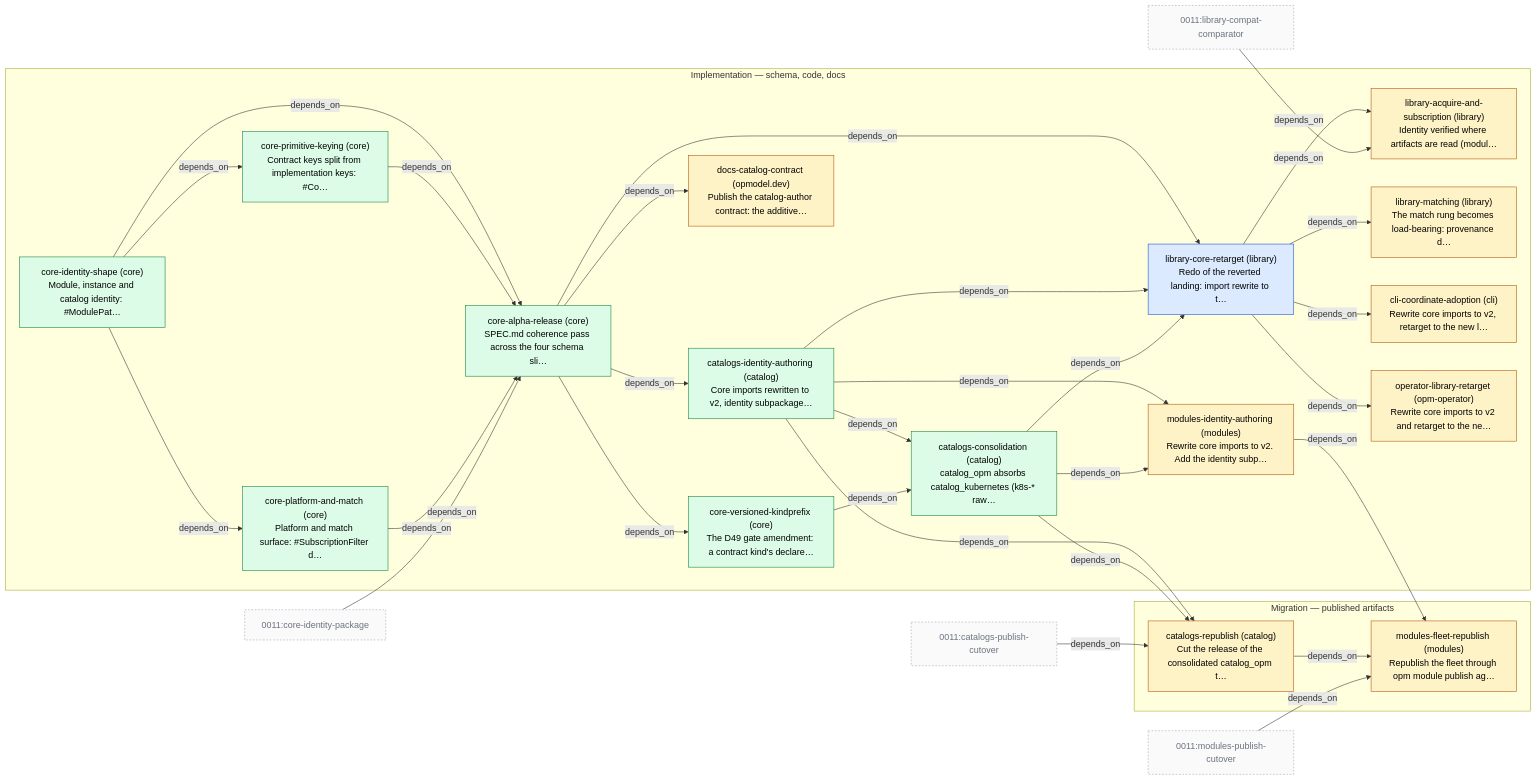
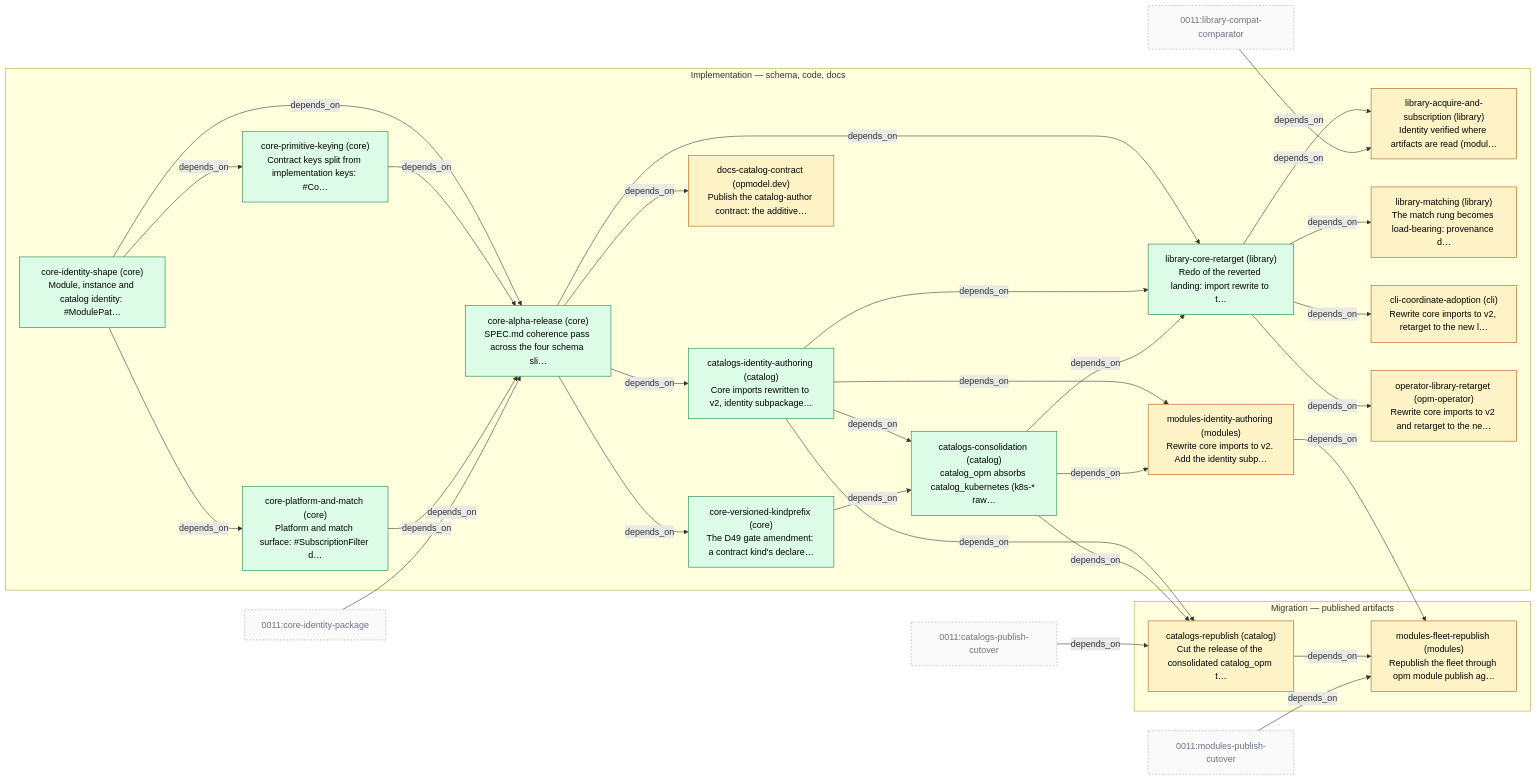
Before and after one commit to open-platform-model/enhancements: the diagram in 0010/PLAN.md, drawn with Mermaid. The commit also changed other lines of this file and 3 other files, not shown here.

First line of the commit message:
docs(0010): record library-core-retarget second landing as done

````diff
--- a/0010/PLAN.md
+++ b/0010/PLAN.md
@@ -5,61 +5,61 @@
 ```mermaid
 graph LR
   classDef planned     fill:#fef3c7,stroke:#b45309,color:#000
   classDef in_progress fill:#dbeafe,stroke:#1d4ed8,color:#000
   classDef done        fill:#dcfce7,stroke:#15803d,color:#000
   classDef cancelled   fill:#e5e7eb,stroke:#6b7280,color:#6b7280
   classDef other       fill:#fafafa,stroke:#9ca3af,color:#6b7280,stroke-dasharray:3 3
 
   subgraph PHASE_IMPL["Implementation — schema, code, docs"]
     S_core-identity-shape["core-identity-shape (core)\nModule, instance and catalog identity: #ModulePat…"]:::done
     S_core-primitive-keying["core-primitive-keying (core)\nContract keys split from implementation keys: #Co…"]:::done
     S_core-platform-and-match["core-platform-and-match (core)\nPlatform and match surface: #SubscriptionFilter d…"]:::done
     S_core-alpha-release["core-alpha-release (core)\nSPEC.md coherence pass across the four schema sli…"]:::done
     S_core-versioned-kindprefix["core-versioned-kindprefix (core)\nThe D49 gate amendment: a contract kind's declare…"]:::done
-    S_library-core-retarget["library-core-retarget (library)\nRedo of the reverted landing: import rewrite to t…"]:::in_progress
+    S_library-core-retarget["library-core-retarget (library)\nRedo of the reverted landing: import rewrite to t…"]:::done
     S_library-acquire-and-subscription["library-acquire-and-subscription (library)\nIdentity verified where artifacts are read (modul…"]:::planned
     S_library-matching["library-matching (library)\nThe match rung becomes load-bearing: provenance d…"]:::planned
     S_docs-catalog-contract["docs-catalog-contract (opmodel.dev)\nPublish the catalog-author contract: the additive…"]:::planned
     S_cli-coordinate-adoption["cli-coordinate-adoption (cli)\nRewrite core imports to v2, retarget to the new l…"]:::planned
     S_operator-library-retarget["operator-library-retarget (opm-operator)\nRewrite core imports to v2 and retarget to the ne…"]:::planned
     S_catalogs-identity-authoring["catalogs-identity-authoring (catalog)\nCore imports rewritten to v2, identity subpackage…"]:::done
     S_catalogs-consolidation["catalogs-consolidation (catalog)\ncatalog_opm absorbs catalog_kubernetes (k8s-* raw…"]:::done
     S_modules-identity-authoring["modules-identity-authoring (modules)\nRewrite core imports to v2. Add the identity subp…"]:::planned
   end
   subgraph PHASE_MIGR["Migration — published artifacts"]
     S_catalogs-republish["catalogs-republish (catalog)\nCut the release of the consolidated catalog_opm t…"]:::planned
     S_modules-fleet-republish["modules-fleet-republish (modules)\nRepublish the fleet through opm module publish ag…"]:::planned
   end
 
   S_core-identity-shape -->|depends_on| S_core-primitive-keying
   S_core-identity-shape -->|depends_on| S_core-platform-and-match
   S_core-identity-shape -->|depends_on| S_core-alpha-release
   S_core-primitive-keying -->|depends_on| S_core-alpha-release
   S_core-platform-and-match -->|depends_on| S_core-alpha-release
   X_0011_core-identity-package["0011:core-identity-package"]:::other
   X_0011_core-identity-package -->|depends_on| S_core-alpha-release
   S_core-alpha-release -->|depends_on| S_core-versioned-kindprefix
   S_core-alpha-release -->|depends_on| S_library-core-retarget
   S_catalogs-identity-authoring -->|depends_on| S_library-core-retarget
   S_catalogs-consolidation -->|depends_on| S_library-core-retarget
   S_library-core-retarget -->|depends_on| S_library-acquire-and-subscription
   X_0011_library-compat-comparator["0011:library-compat-comparator"]:::other
   X_0011_library-compat-comparator -->|depends_on| S_library-acquire-and-subscription
   S_library-core-retarget -->|depends_on| S_library-matching
   S_core-alpha-release -->|depends_on| S_docs-catalog-contract
   S_library-core-retarget -->|depends_on| S_cli-coordinate-adoption
   S_library-core-retarget -->|depends_on| S_operator-library-retarget
   S_core-alpha-release -->|depends_on| S_catalogs-identity-authoring
   S_catalogs-identity-authoring -->|depends_on| S_catalogs-consolidation
   S_core-versioned-kindprefix -->|depends_on| S_catalogs-consolidation
   S_catalogs-identity-authoring -->|depends_on| S_modules-identity-authoring
   S_catalogs-consolidation -->|depends_on| S_modules-identity-authoring
   S_catalogs-identity-authoring -->|depends_on| S_catalogs-republish
   S_catalogs-consolidation -->|depends_on| S_catalogs-republish
   X_0011_catalogs-publish-cutover["0011:catalogs-publish-cutover"]:::other
   X_0011_catalogs-publish-cutover -->|depends_on| S_catalogs-republish
   S_catalogs-republish -->|depends_on| S_modules-fleet-republish
   S_modules-identity-authoring -->|depends_on| S_modules-fleet-republish
   X_0011_modules-publish-cutover["0011:modules-publish-cutover"]:::other
   X_0011_modules-publish-cutover -->|depends_on| S_modules-fleet-republish
 ```
````
